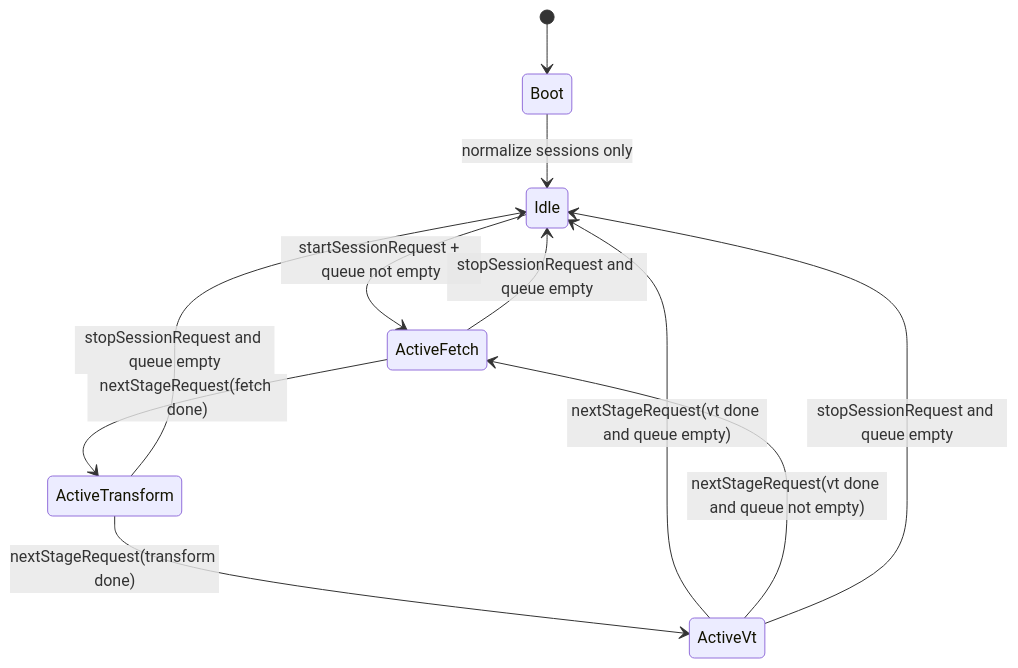
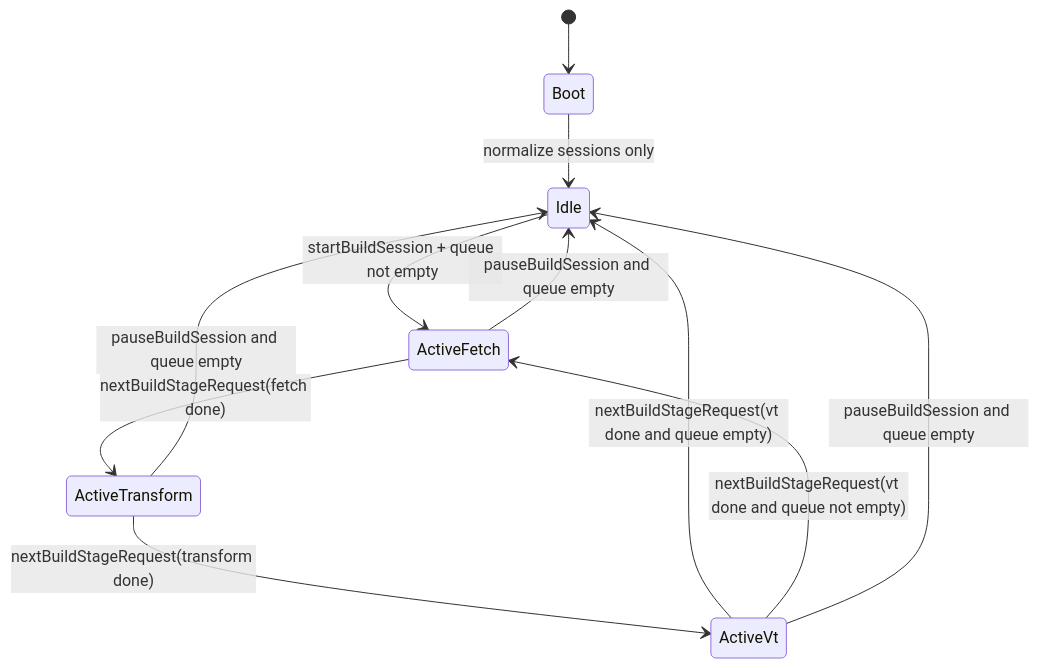
Before and after one commit to kubohiroya/hierarchidb: the fourth of 4 diagrams in packages/runtime-worker/docs/build-session-orchestrator-state-transitions.md, drawn with Mermaid. The commit also changed other lines of this file and 162 other files, not shown here.

Commit message:
chore(build): align build session control naming and docs

````diff
--- a/packages/runtime-worker/docs/build-session-orchestrator-state-transitions.md
+++ b/packages/runtime-worker/docs/build-session-orchestrator-state-transitions.md
@@ -227,14 +227,14 @@
 ```mermaid
 stateDiagram-v2
   [*] --> Boot
   Boot --> Idle: normalize sessions only
-  Idle --> ActiveFetch: startSessionRequest + queue not empty
-  ActiveFetch --> ActiveTransform: nextStageRequest(fetch done)
-  ActiveTransform --> ActiveVt: nextStageRequest(transform done)
-  ActiveVt --> Idle: nextStageRequest(vt done and queue empty)
-  ActiveVt --> ActiveFetch: nextStageRequest(vt done and queue not empty)
+  Idle --> ActiveFetch: startBuildSession + queue not empty
+  ActiveFetch --> ActiveTransform: nextBuildStageRequest(fetch done)
+  ActiveTransform --> ActiveVt: nextBuildStageRequest(transform done)
+  ActiveVt --> Idle: nextBuildStageRequest(vt done and queue empty)
+  ActiveVt --> ActiveFetch: nextBuildStageRequest(vt done and queue not empty)
 
-  ActiveFetch --> Idle: stopSessionRequest and queue empty
-  ActiveTransform --> Idle: stopSessionRequest and queue empty
-  ActiveVt --> Idle: stopSessionRequest and queue empty
+  ActiveFetch --> Idle: pauseBuildSession and queue empty
+  ActiveTransform --> Idle: pauseBuildSession and queue empty
+  ActiveVt --> Idle: pauseBuildSession and queue empty
 ```
````
